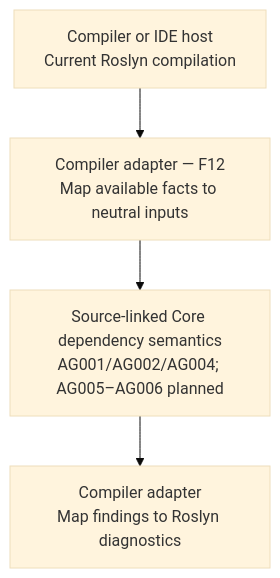
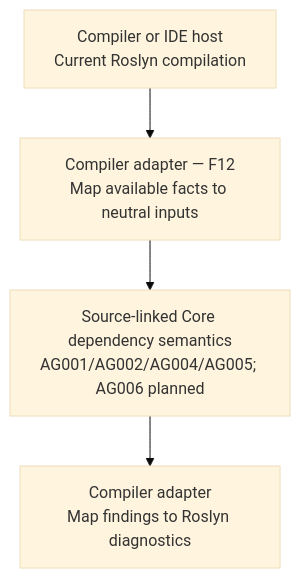
The third of 3 diagrams in docs/architecture/overview.md (kbourzayq/arch-guard), drawn with Mermaid (base theme) before and after one commit. The commit also changed other lines of this file and 34 other files, not shown here.

````diff
--- a/docs/architecture/overview.md
+++ b/docs/architecture/overview.md
@@ -187,11 +187,11 @@
 ```mermaid
 flowchart TD
     Host["Compiler or IDE host<br/>Current Roslyn compilation"]
     Adapter["Compiler adapter — F12<br/>Map available facts to neutral inputs"]
-    Rules["Source-linked Core dependency semantics<br/>AG001/AG002/AG004; AG005–AG006 planned"]
+    Rules["Source-linked Core dependency semantics<br/>AG001/AG002/AG004/AG005; AG006 planned"]
     Diagnostics["Compiler adapter<br/>Map findings to Roslyn diagnostics"]
 
     Host --> Adapter
     Adapter --> Rules
     Rules --> Diagnostics
 ```
````
